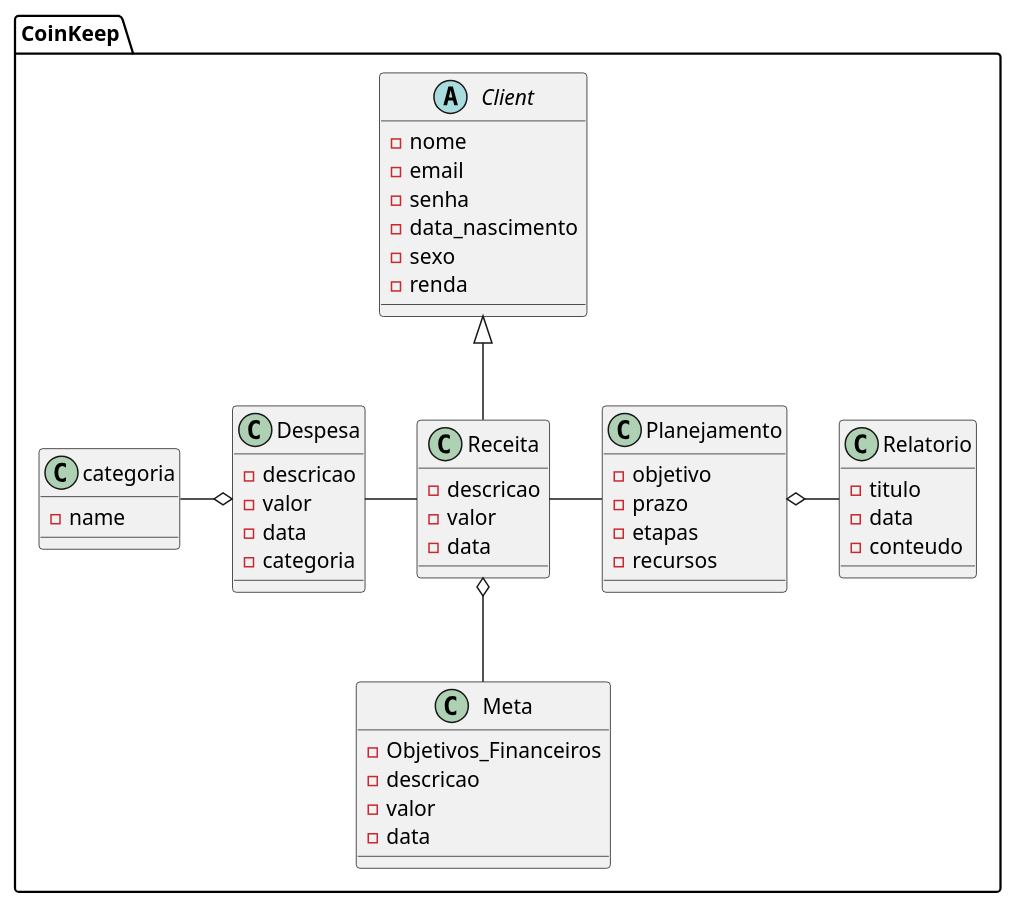
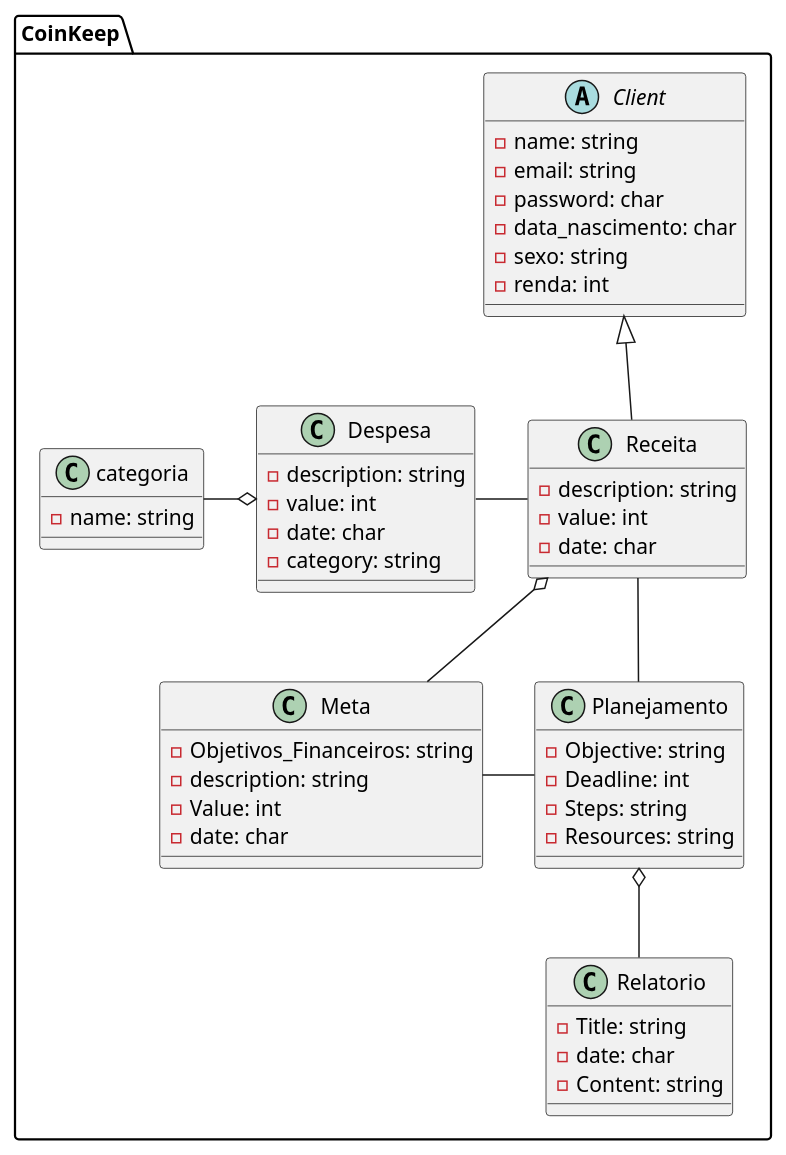
Before and after one commit to Guisandroni/Projeto-de-Eng.Soft2: the diagram in Docs/modeloconceitual/modconceit.puml, drawn with PlantUML. The commit also changed 2 other files, not shown here.

```diff
--- a/Docs/modeloconceitual/modconceit.puml
+++ b/Docs/modeloconceitual/modconceit.puml
@@ -1,62 +1,63 @@
 @startuml
 
 package "CoinKeep" {
 
   abstract Client {
-    - nome
-    - email
-    - senha
-    - data_nascimento
-    - sexo
-    - renda
+    - name: string
+    - email: string
+    - password: char
+    - data_nascimento: char
+    - sexo: string
+    - renda: int
     
   }
 
   class Receita {
-    - descricao
-    - valor
-    - data
+    - description: string
+    - value: int
+    - date: char
   }
 
   class Despesa {
-    - descricao
-    - valor
-    - data
-    - categoria
+    - description: string
+    - value: int
+    - date: char
+    - category: string
   }
 
   class Meta {
-    - Objetivos_Financeiros
-    - descricao
-    - valor
-    - data
+    - Objetivos_Financeiros: string
+    - description: string
+    - Value: int
+    - date: char
     
   }
 
   class Relatorio {
-    - titulo
-    - data
-    - conteudo
+    - Title: string
+    - date: char
+    - Content: string
   }
 
   class Planejamento {
-    - objetivo
-    - prazo
-    - etapas
-    - recursos
+    - Objective: string
+    - Deadline: int
+    - Steps: string
+    - Resources: string
   }
   class categoria{
-      - name
+      - name: string
   }
 
   
 
   Client  <|-- Receita
   Despesa o-l-   categoria
-  Planejamento o-r- Relatorio
+  Planejamento o-- Relatorio
   Receita o-- Meta
   Receita -l- Despesa
-  Planejamento -l- Receita
+  Planejamento -- Receita
+  Meta -r- Planejamento
 }
 
 @enduml
```
